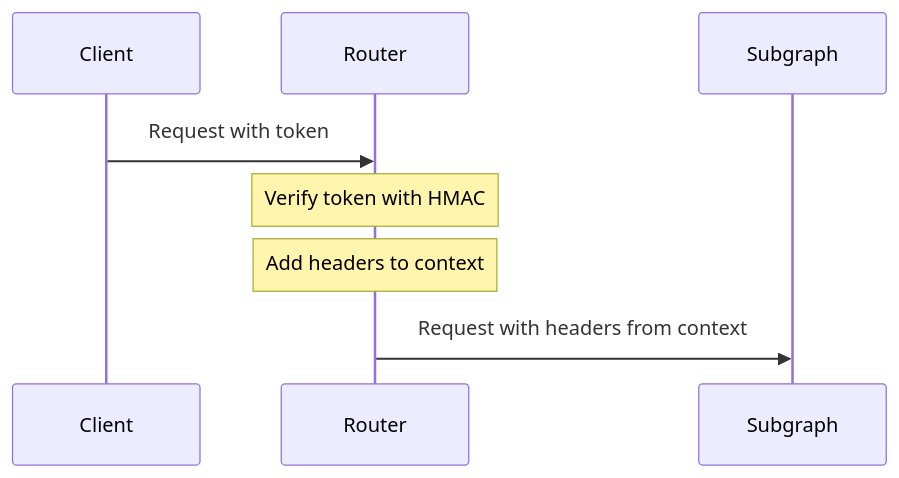
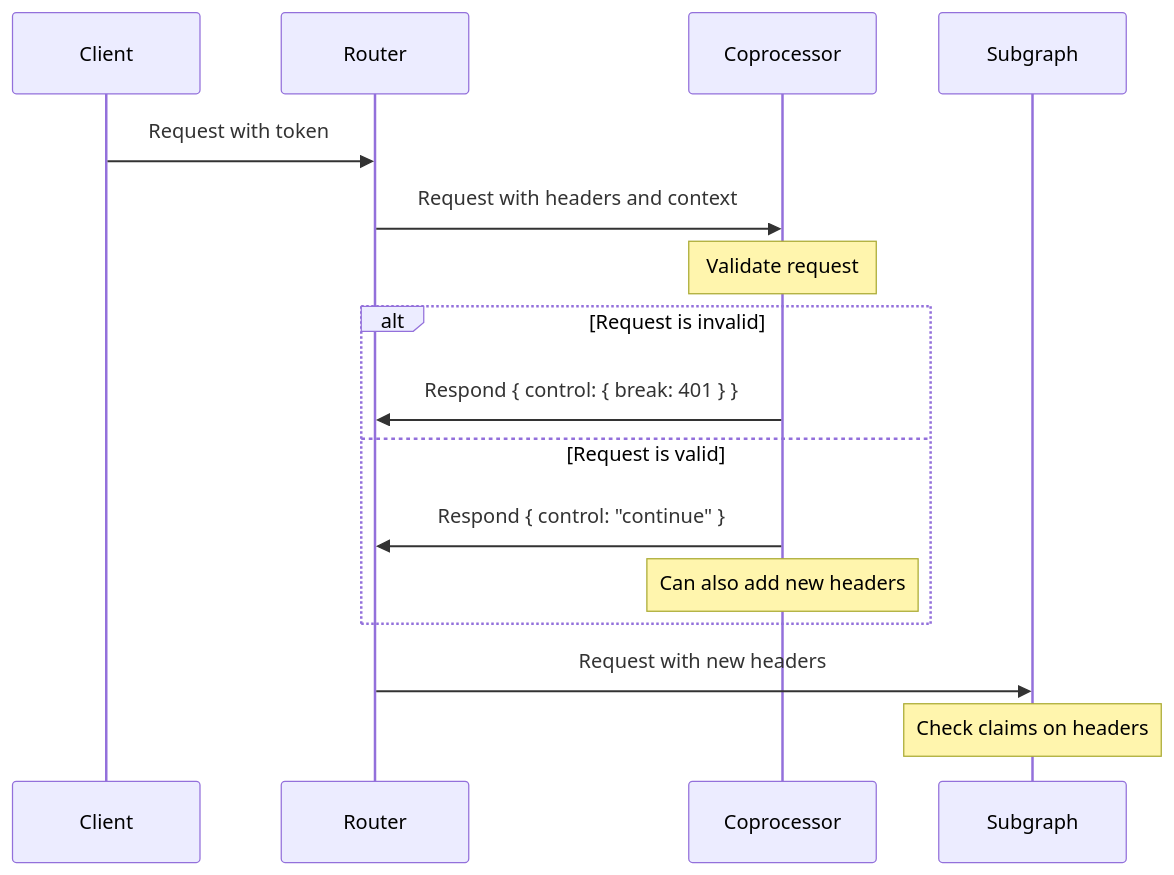
Before and after one commit to apollographql/docs: the third of 3 diagrams in src/content/technotes/TN0004-router-authentication.mdx, drawn with Mermaid. The commit also changed other lines of this file and 1 other file, not shown here.

First line of the commit message:
technotes: update router auth note

````diff
--- a/src/content/technotes/TN0004-router-authentication.mdx
+++ b/src/content/technotes/TN0004-router-authentication.mdx
@@ -83,7 +89,14 @@
 ```mermaid
 sequenceDiagram
   Client->>Router: Request with token
-  note over Router: Verify token with HMAC
-  note over Router: Add headers to context
-  Router->>Subgraph: Request with headers from context
+  Router->>Coprocessor: Request with headers and context
+  note over Coprocessor: Validate request
+  alt Request is invalid
+    Coprocessor->>Router: Respond { control: { break: 401 } }
+  else Request is valid
+    Coprocessor->>Router: Respond { control: "continue" }
+    note over Coprocessor: Can also add new headers
+  end
+  Router->>Subgraph: Request with new headers
+  note over Subgraph: Check claims on headers
 ```
````
